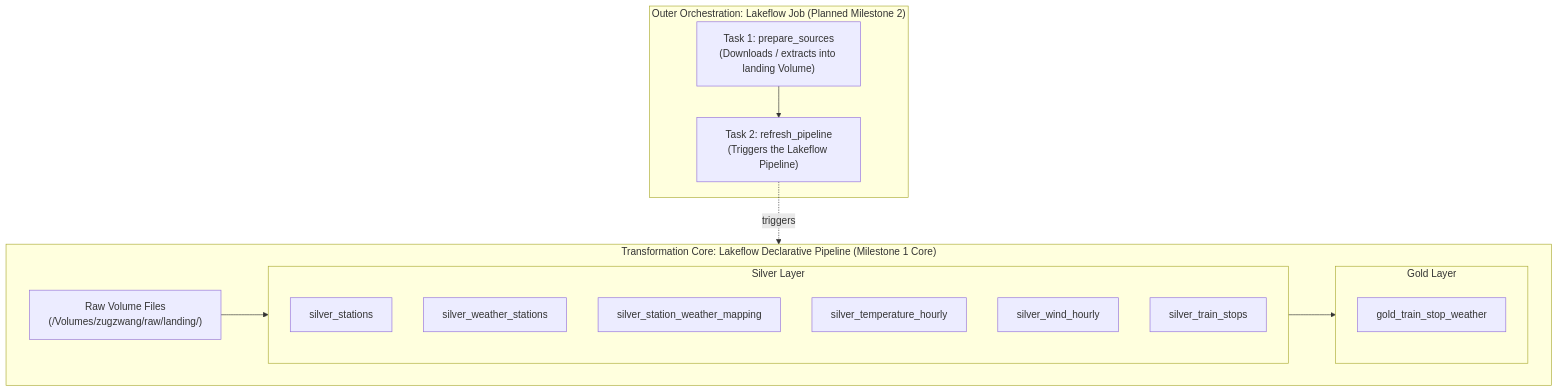
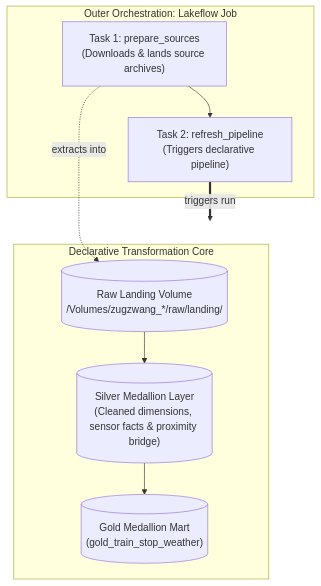
One commit to ziyuonmain/zugzwang changed the diagram in docs/architecture.md. Above: the diagram before and after it, drawn with Mermaid. The commit also changed 3 other files, not shown here.

Commit message:
docs: refine architecture diagrams, correct license, and update workflow name

````diff
--- a/docs/architecture.md
+++ b/docs/architecture.md
@@ -13,28 +13,18 @@
 ```mermaid
 flowchart TD
-    subgraph Job["Outer Orchestration: Lakeflow Job (Planned Milestone 2)"]
-        task1["Task 1: prepare_sources<br/>(Downloads / extracts into landing Volume)"]
-        task2["Task 2: refresh_pipeline<br/>(Triggers the Lakeflow Pipeline)"]
-        task1 --> task2
+    subgraph Job["Outer Orchestration: Lakeflow Job"]
+        t1["Task 1: prepare_sources<br/>(Downloads & lands source archives)"]
+        t2["Task 2: refresh_pipeline<br/>(Triggers declarative pipeline)"]
+        t1 --> t2
     end
 
-    subgraph Pipeline["Transformation Core: Lakeflow Declarative Pipeline (Milestone 1 Core)"]
-        raw["Raw Volume Files<br/>(/Volumes/zugzwang/raw/landing/)"]
-        subgraph Silver["Silver Layer"]
-            s_st["silver_stations"]
-            s_ws["silver_weather_stations"]
-            s_map["silver_station_weather_mapping"]
-            s_tu["silver_temperature_hourly"]
-            s_ff["silver_wind_hourly"]
-            s_ts["silver_train_stops"]
-        end
-        subgraph Gold["Gold Layer"]
-            g_mart["gold_train_stop_weather"]
-        end
-
-        raw --> Silver
-        Silver --> Gold
+    subgraph DataFlow["Declarative Transformation Core"]
+        raw[("Raw Landing Volume<br/>/Volumes/zugzwang_*/raw/landing/")]
+        silver[("Silver Medallion Layer<br/>(Cleaned dimensions, sensor facts & proximity bridge)")]
+        gold[("Gold Medallion Mart<br/>(gold_train_stop_weather)")]
+        raw --> silver --> gold
     end
 
-    task2 -.->|triggers| Pipeline
+    t1 -.->|extracts into| raw
+    t2 ==>|triggers run| DataFlow
 ```
````
